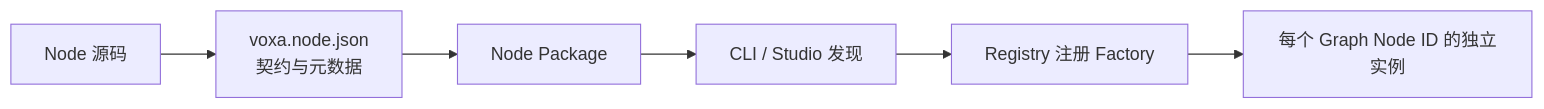
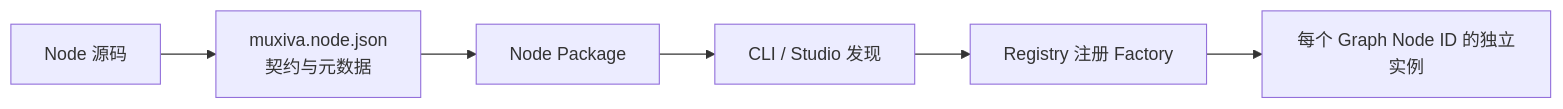
Before and after one commit to PiyotaHu/Voxa: the diagram in docs/site/zh/extensibility.md, drawn with Mermaid. The commit also changed other lines of this file and 509 other files, not shown here.

````diff
--- a/docs/site/zh/extensibility.md
+++ b/docs/site/zh/extensibility.md
@@ -8,8 +8,8 @@
 ```mermaid
 flowchart LR
-    CODE["Node 源码"] --> MANIFEST["voxa.node.json<br/>契约与元数据"]
+    CODE["Node 源码"] --> MANIFEST["muxiva.node.json<br/>契约与元数据"]
     MANIFEST --> PACK["Node Package"]
     PACK --> DISCOVER["CLI / Studio 发现"]
     DISCOVER --> REGISTRY["Registry 注册 Factory"]
     REGISTRY --> INSTANCE["每个 Graph Node ID 的独立实例"]
 ```
````
